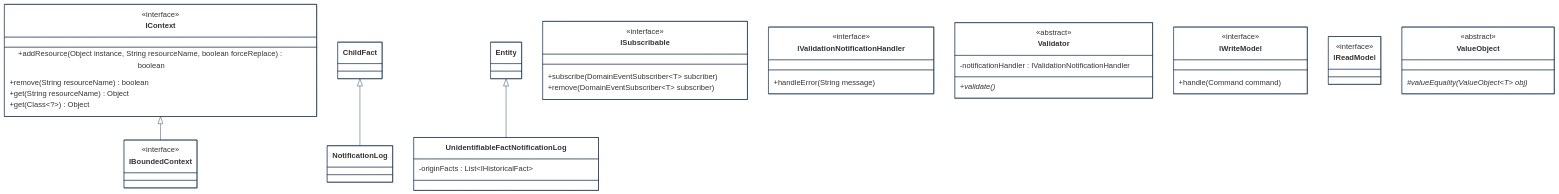
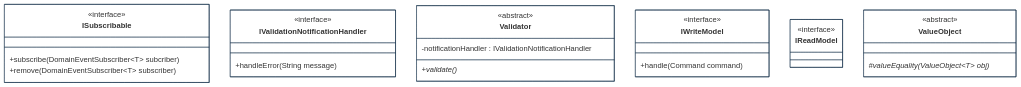
The third of 4 diagrams in implementations-line/framework/domain/designview-structure-models.md (cybnity/foundation), drawn with Mermaid before and after one commit. The commit also changed other lines of this file, not shown here.

````diff
--- a/implementations-line/framework/domain/designview-structure-models.md
+++ b/implementations-line/framework/domain/designview-structure-models.md
@@ -85,63 +124,46 @@
 ```mermaid
 %%{
   init: {
     'theme': 'base',
     'themeVariables': {
         'background': '#ffffff',
         'fontFamily': 'arial',
         'fontSize': '18px',
         'primaryColor': '#fff',
         'primaryBorderColor': '#0e2a43',
         'secondaryBorderColor': '#0e2a43',
         'tertiaryBorderColor': '#0e2a43',
         'edgeLabelBackground':'#0e2a43',
         'lineColor': '#0e2a43',
         'tertiaryColor': '#fff'
     }
   }
 }%%
 classDiagram
-    IContext <|-- IBoundedContext
-    ChildFact <|-- NotificationLog
-    Entity <|-- UnidentifiableFactNotificationLog
-
-    class IBoundedContext {
-        <<interface>>
-    }
-    class IContext {
-        <<interface>>
-        +addResource(Object instance, String resourceName, boolean forceReplace) boolean
-        +remove(String resourceName) boolean
-        +get(String resourceName) Object
-        +get(Class~?~) Object
-    }
     class ISubscribable {
         <<interface>>
         +subscribe(DomainEventSubscriber~T~ subcriber)
         +remove(DomainEventSubscriber~T~ subscriber)
-    }
-    class UnidentifiableFactNotificationLog {
-        -originFacts : List~IHistoricalFact~
     }
     class IValidationNotificationHandler {
         <<interface>>
         +handleError(String message)
     }
     class Validator {
         <<abstract>>
         -notificationHandler : IValidationNotificationHandler
         +validate()*
     }
     class IWriteModel {
         <<interface>>
         +handle(Command command)
     }
     class IReadModel {
         <<interface>>
     }
     class ValueObject {
         <<abstract>>
         #valueEquality(ValueObject~T~ obj)*
     }
 
 ```
````
